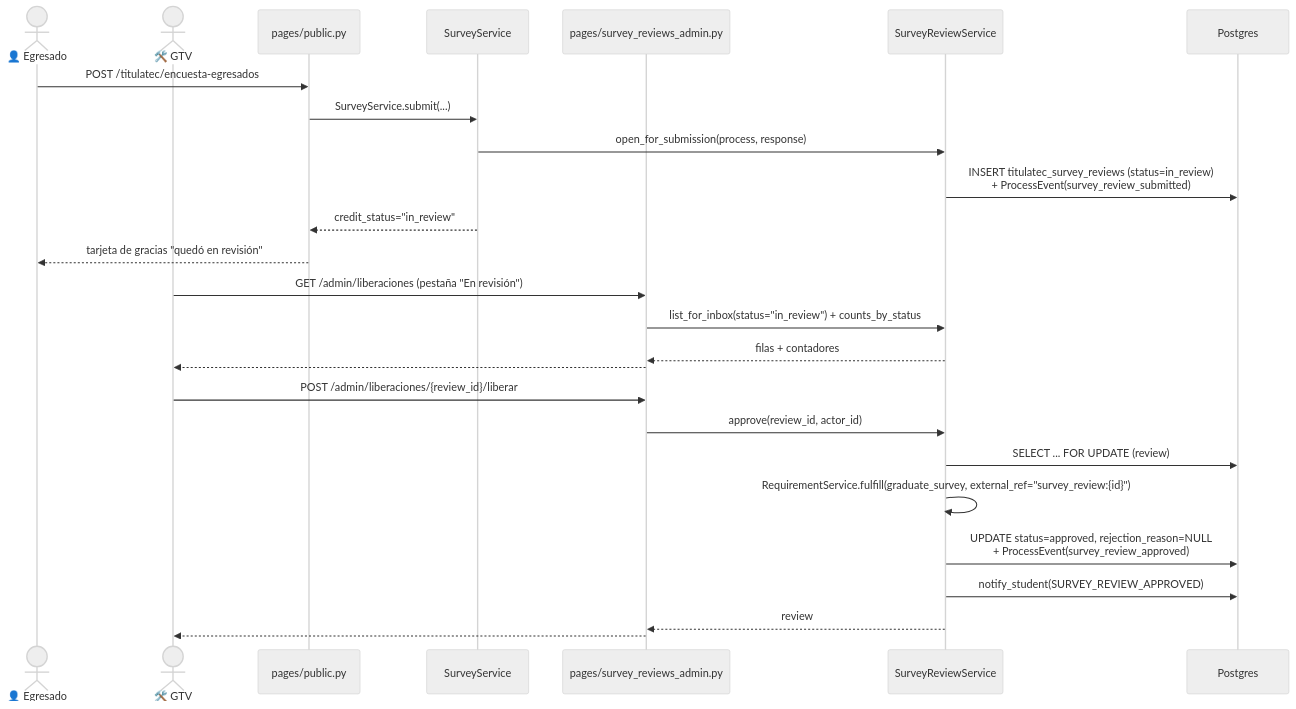
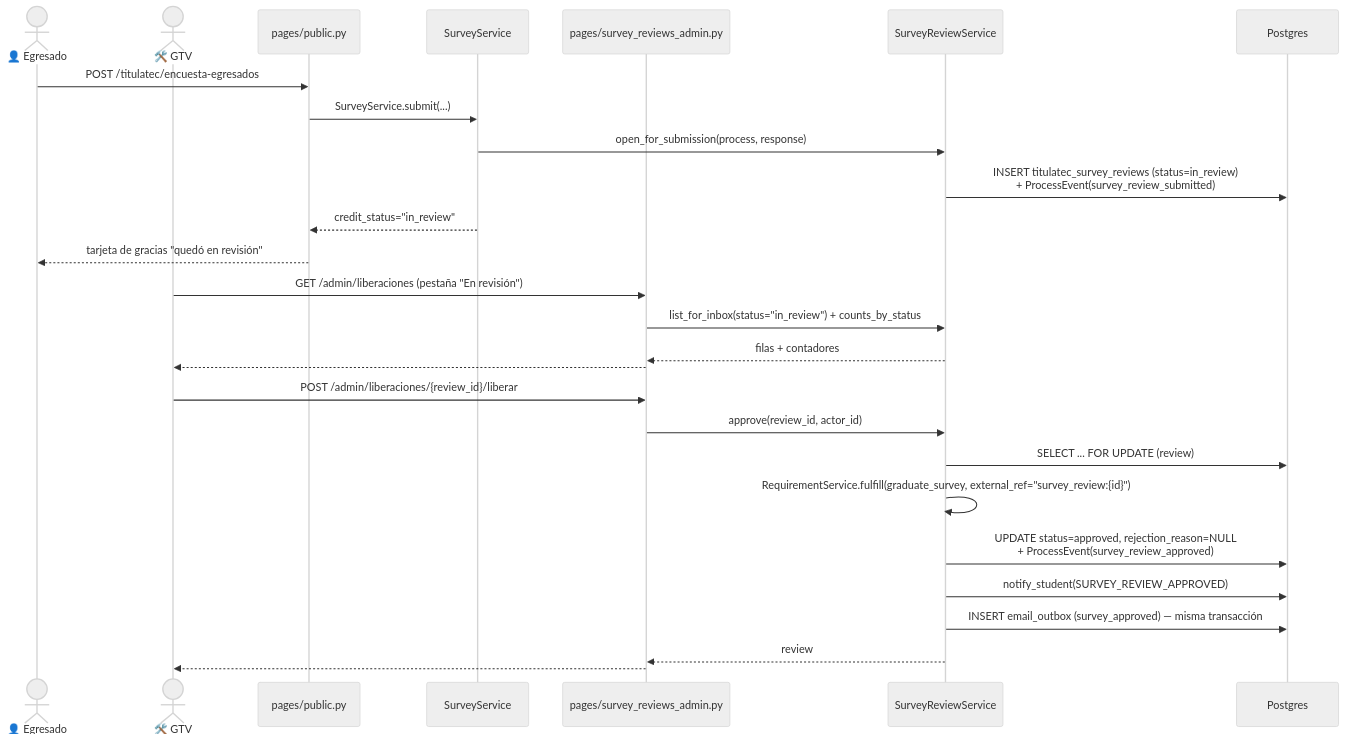
The diagram in itcj2/apps/titulatec/docs/flows/phase2_tech_management_survey_release.md (Erne1357/itcj), drawn with Mermaid (neutral theme) before and after one commit. The commit also changed other lines of this file and 11 other files, not shown here.

````diff
--- a/itcj2/apps/titulatec/docs/flows/phase2_tech_management_survey_release.md
+++ b/itcj2/apps/titulatec/docs/flows/phase2_tech_management_survey_release.md
@@ -34,31 +34,32 @@
 ```mermaid
 sequenceDiagram
     actor E as 👤 Egresado
     actor G as 🛠️ GTV
     participant PUB as pages/public.py
     participant SS as SurveyService
     participant API as pages/survey_reviews_admin.py
     participant SVC as SurveyReviewService
     participant DB as Postgres
 
     E->>PUB: POST /titulatec/encuesta-egresados
     PUB->>SS: SurveyService.submit(...)
     SS->>SVC: open_for_submission(process, response)
     SVC->>DB: INSERT titulatec_survey_reviews (status=in_review)<br/>+ ProcessEvent(survey_review_submitted)
     SS-->>PUB: credit_status="in_review"
     PUB-->>E: tarjeta de gracias "quedó en revisión"
 
     G->>API: GET /admin/liberaciones (pestaña "En revisión")
     API->>SVC: list_for_inbox(status="in_review") + counts_by_status
     SVC-->>API: filas + contadores
     API-->>G: #tt-releases-body
 
     G->>API: POST /admin/liberaciones/{review_id}/liberar
     API->>SVC: approve(review_id, actor_id)
     SVC->>DB: SELECT ... FOR UPDATE (review)
     SVC->>SVC: RequirementService.fulfill(graduate_survey, external_ref="survey_review:{id}")
     SVC->>DB: UPDATE status=approved, rejection_reason=NULL<br/>+ ProcessEvent(survey_review_approved)
     SVC->>DB: notify_student(SURVEY_REVIEW_APPROVED)
+    SVC->>DB: INSERT email_outbox (survey_approved) — misma transacción
     SVC-->>API: review
     API-->>G: #tt-releases-body (parcial re-renderizado, misma pestaña)
 ```
````
